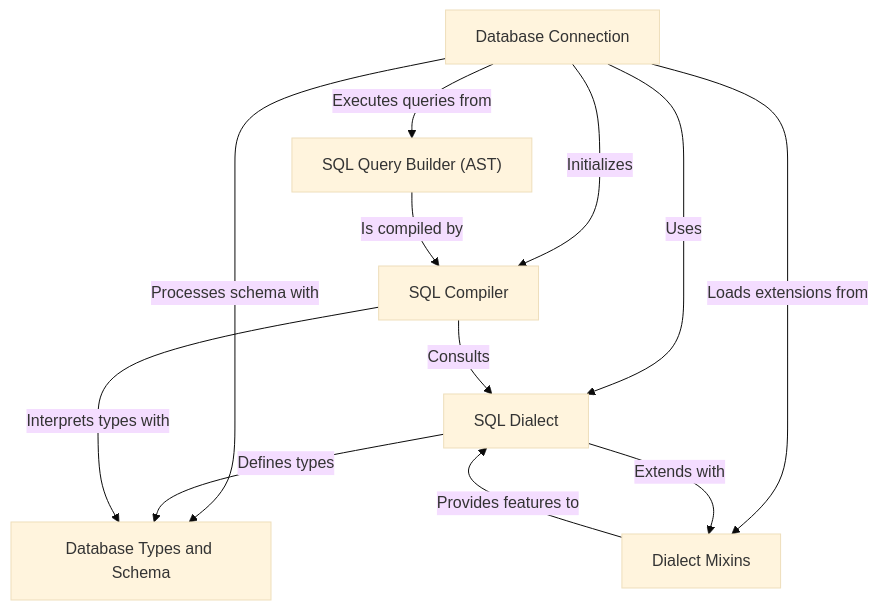
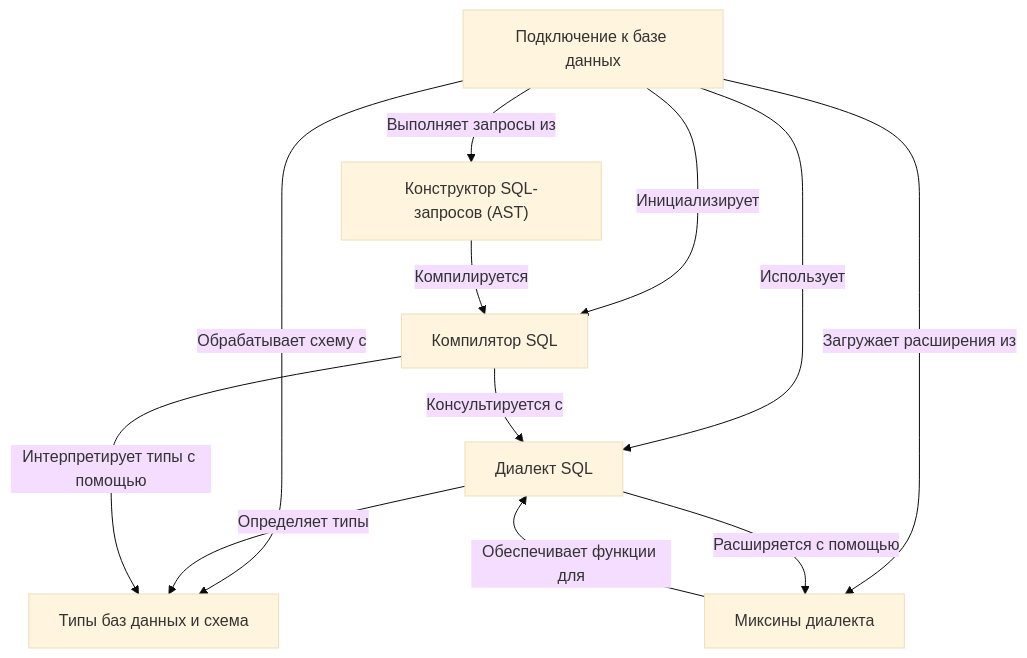
Before and after one commit to LKosoj/sqeleton: the diagram in docs/sceleton.md, drawn with Mermaid (base theme). The commit also changed other lines of this file, not shown here.

````diff
--- a/docs/sceleton.md
+++ b/docs/sceleton.md
@@ -8,26 +8,26 @@
 ```mermaid
 flowchart TD
-    A0["Database Connection
+    A0["Подключение к базе данных
 "]
-    A1["SQL Query Builder (AST)
+    A1["Конструктор SQL-запросов (AST)
 "]
-    A2["SQL Dialect
+    A2["Диалект SQL
 "]
-    A3["SQL Compiler
+    A3["Компилятор SQL
 "]
-    A4["Database Types and Schema
+    A4["Типы баз данных и схема
 "]
-    A5["Dialect Mixins
+    A5["Миксины диалекта
 "]
-    A0 -- "Executes queries from" --> A1
-    A0 -- "Uses" --> A2
-    A0 -- "Initializes" --> A3
-    A0 -- "Processes schema with" --> A4
-    A0 -- "Loads extensions from" --> A5
-    A1 -- "Is compiled by" --> A3
-    A2 -- "Defines types" --> A4
-    A2 -- "Extends with" --> A5
-    A3 -- "Consults" --> A2
-    A3 -- "Interprets types with" --> A4
-    A5 -- "Provides features to" --> A2
+    A0 -- "Выполняет запросы из" --> A1
+    A0 -- "Использует" --> A2
+    A0 -- "Инициализирует" --> A3
+    A0 -- "Обрабатывает схему с" --> A4
+    A0 -- "Загружает расширения из" --> A5
+    A1 -- "Компилируется" --> A3
+    A2 -- "Определяет типы" --> A4
+    A2 -- "Расширяется с помощью" --> A5
+    A3 -- "Консультируется с" --> A2
+    A3 -- "Интерпретирует типы с помощью" --> A4
+    A5 -- "Обеспечивает функции для" --> A2
 ```
````
